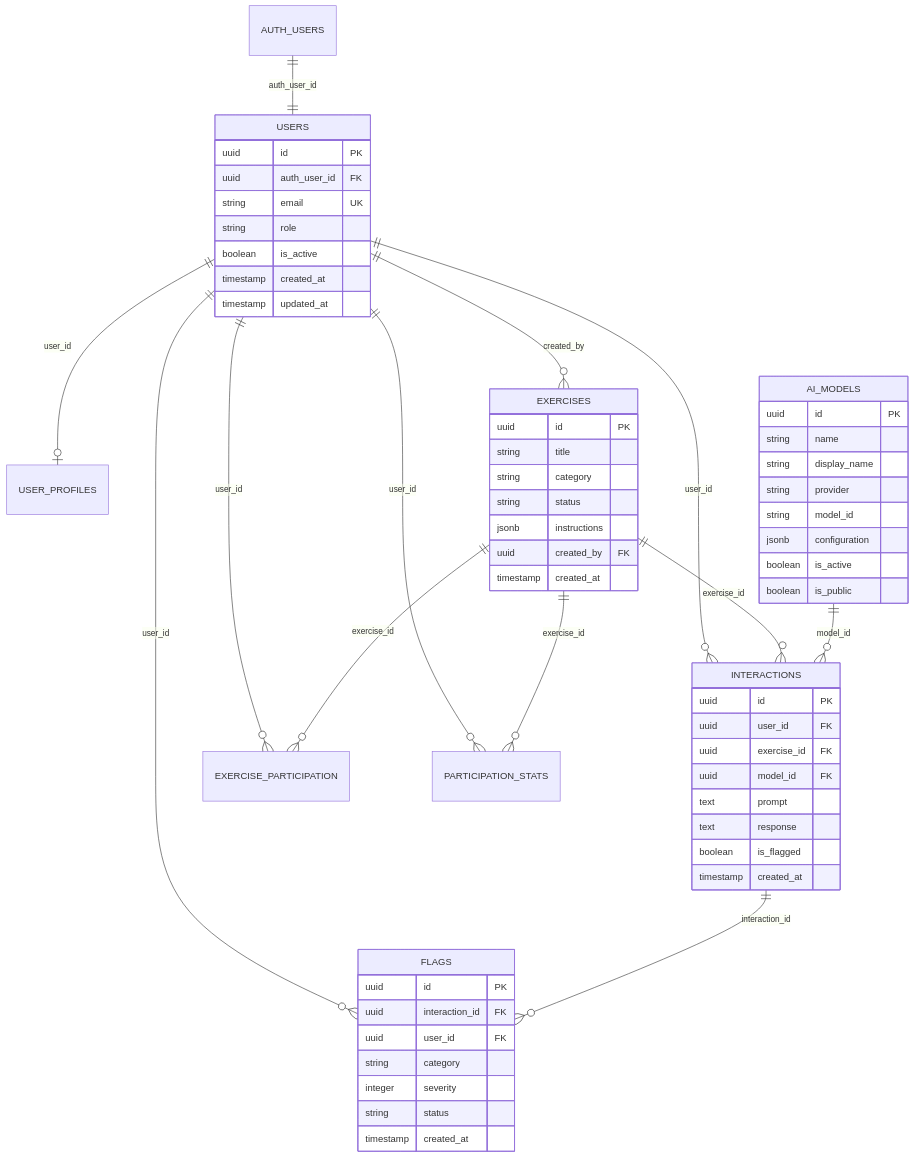
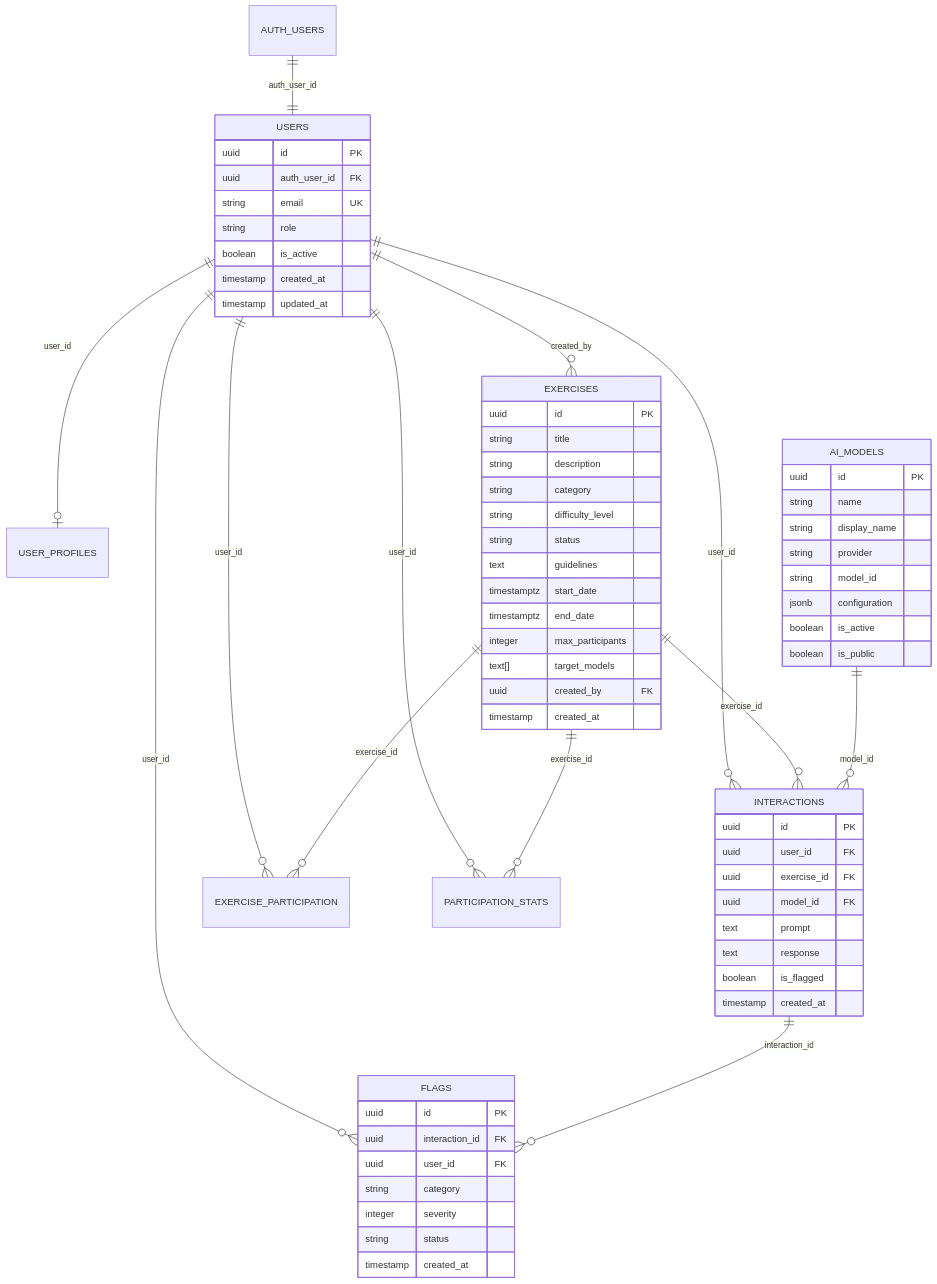
The second of 6 diagrams in docs/technical/architecture-overview.md (somos-red-teaming/somosportal), drawn with Mermaid before and after one commit. The commit also changed 15 other files, not shown here.

````diff
--- a/docs/technical/architecture-overview.md
+++ b/docs/technical/architecture-overview.md
@@ -129,69 +129,75 @@
 ```mermaid
 erDiagram
     AUTH_USERS ||--|| USERS : "auth_user_id"
     USERS ||--o| USER_PROFILES : "user_id"
     USERS ||--o{ EXERCISES : "created_by"
     USERS ||--o{ INTERACTIONS : "user_id"
     USERS ||--o{ FLAGS : "user_id"
     USERS ||--o{ EXERCISE_PARTICIPATION : "user_id"
     USERS ||--o{ PARTICIPATION_STATS : "user_id"
     
     EXERCISES ||--o{ EXERCISE_PARTICIPATION : "exercise_id"
     EXERCISES ||--o{ INTERACTIONS : "exercise_id"
     EXERCISES ||--o{ PARTICIPATION_STATS : "exercise_id"
     
     AI_MODELS ||--o{ INTERACTIONS : "model_id"
     INTERACTIONS ||--o{ FLAGS : "interaction_id"
     
     USERS {
         uuid id PK
         uuid auth_user_id FK
         string email UK
         string role
         boolean is_active
         timestamp created_at
         timestamp updated_at
     }
     
     AI_MODELS {
         uuid id PK
         string name
         string display_name
         string provider
         string model_id
         jsonb configuration
         boolean is_active
         boolean is_public
     }
     
     EXERCISES {
         uuid id PK
         string title
+        string description
         string category
+        string difficulty_level
         string status
-        jsonb instructions
+        text guidelines
+        timestamptz start_date
+        timestamptz end_date
+        integer max_participants
+        text[] target_models
         uuid created_by FK
         timestamp created_at
     }
     
     INTERACTIONS {
         uuid id PK
         uuid user_id FK
         uuid exercise_id FK
         uuid model_id FK
         text prompt
         text response
         boolean is_flagged
         timestamp created_at
     }
     
     FLAGS {
         uuid id PK
         uuid interaction_id FK
         uuid user_id FK
         string category
         integer severity
         string status
         timestamp created_at
     }
 ```
````
